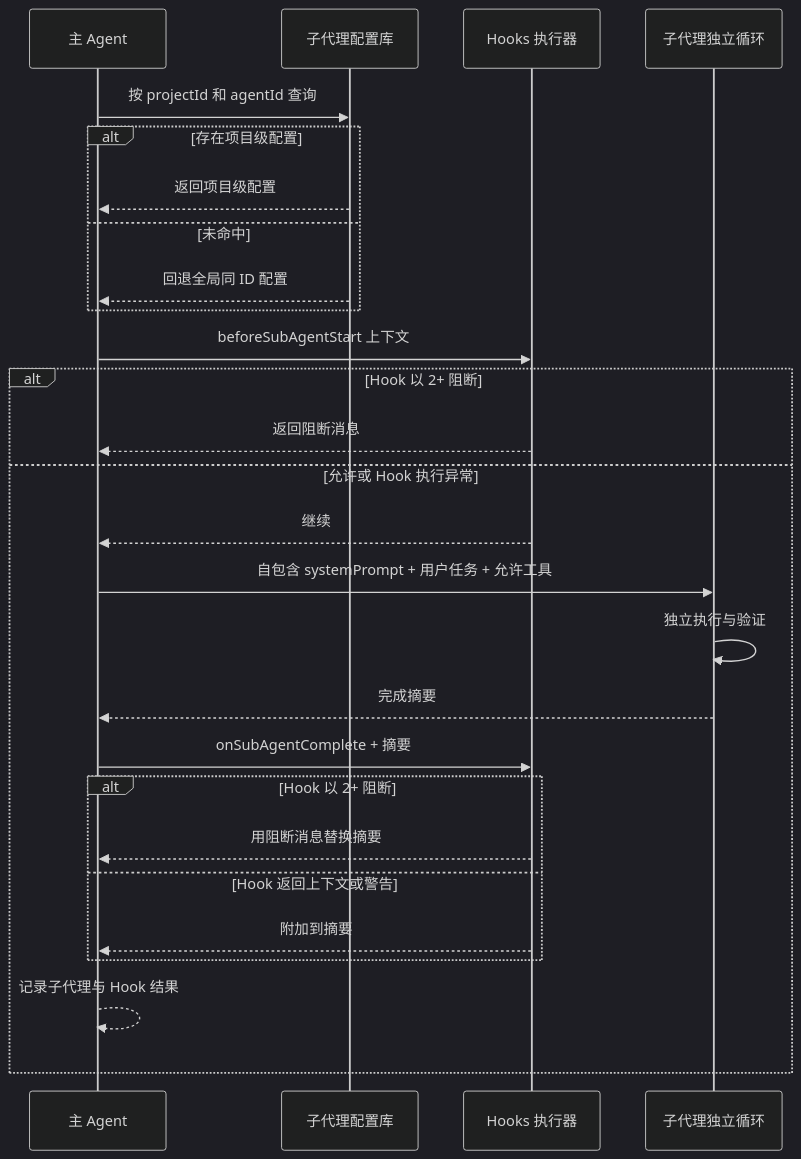
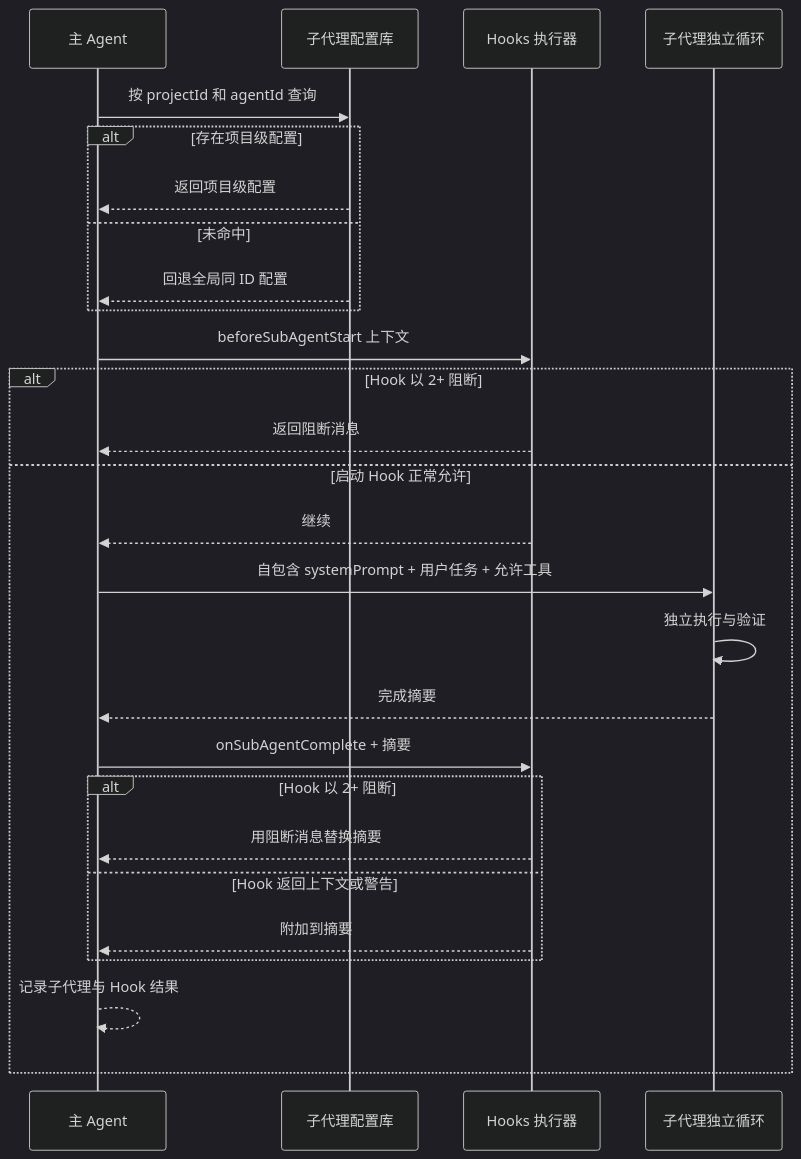
One commit to BaSui01/snow-app changed the second of 2 diagrams in docs/zh-CN/2-使用指南/5-配置Hooks与子代理.md. Above: the diagram before and after it, drawn with Mermaid (dark theme). The commit also changed other lines of this file and 43 other files, not shown here.

````diff
--- a/docs/zh-CN/2-使用指南/5-配置Hooks与子代理.md
+++ b/docs/zh-CN/2-使用指南/5-配置Hooks与子代理.md
@@ -262,29 +262,29 @@
 ```mermaid
 sequenceDiagram
     participant Main as 主 Agent
     participant Config as 子代理配置库
     participant Hooks as Hooks 执行器
     participant Sub as 子代理独立循环
     Main->>Config: 按 projectId 和 agentId 查询
     alt 存在项目级配置
         Config-->>Main: 返回项目级配置
     else 未命中
         Config-->>Main: 回退全局同 ID 配置
     end
     Main->>Hooks: beforeSubAgentStart 上下文
     alt Hook 以 2+ 阻断
         Hooks-->>Main: 返回阻断消息
-    else 允许或 Hook 执行异常
+    else 启动 Hook 正常允许
         Hooks-->>Main: 继续
         Main->>Sub: 自包含 systemPrompt + 用户任务 + 允许工具
         Sub->>Sub: 独立执行与验证
         Sub-->>Main: 完成摘要
         Main->>Hooks: onSubAgentComplete + 摘要
         alt Hook 以 2+ 阻断
             Hooks-->>Main: 用阻断消息替换摘要
         else Hook 返回上下文或警告
             Hooks-->>Main: 附加到摘要
         end
         Main-->>Main: 记录子代理与 Hook 结果
     end
 ```
````
